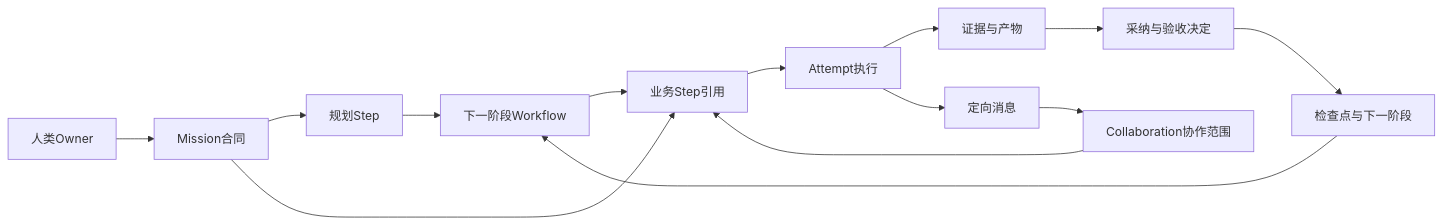
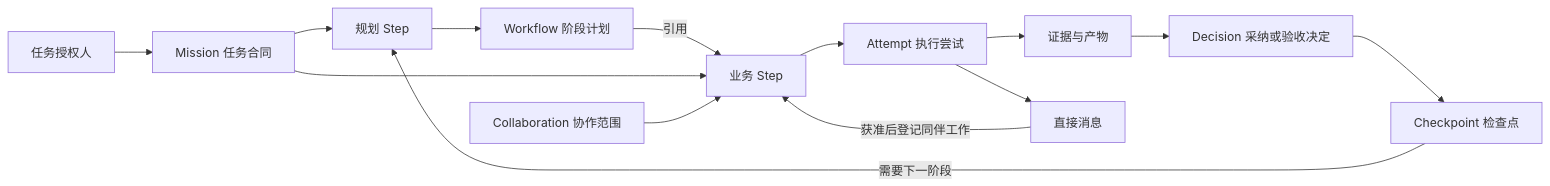
Before and after one commit to seasonmac/hermes-agent: the diagram in docs/research/001-domain.md, drawn with Mermaid. The commit also changed other lines of this file and 8 other files, not shown here.

````diff
--- a/docs/research/001-domain.md
+++ b/docs/research/001-domain.md
@@ -9,16 +13,16 @@
 ```mermaid
 flowchart LR
-    H[人类Owner] --> M[Mission合同]
-    M --> P[规划Step]
-    P --> W[下一阶段Workflow]
-    W --> S[业务Step引用]
+    H[任务授权人] --> M[Mission 任务合同]
+    M --> P[规划 Step]
+    P --> W[Workflow 阶段计划]
+    W -->|引用| S[业务 Step]
     M --> S
-    C[Collaboration协作范围] --> S
-    S --> A[Attempt执行]
+    C[Collaboration 协作范围] --> S
+    S --> A[Attempt 执行尝试]
     A --> E[证据与产物]
-    A --> Q[定向消息]
-    Q --> C
-    E --> D[采纳与验收决定]
-    D --> K[检查点与下一阶段]
-    K --> W
+    A --> Q[直接消息]
+    Q -->|获准后登记同伴工作| S
+    E --> D[Decision 采纳或验收决定]
+    D --> K[Checkpoint 检查点]
+    K -->|需要下一阶段| P
 ```
````
